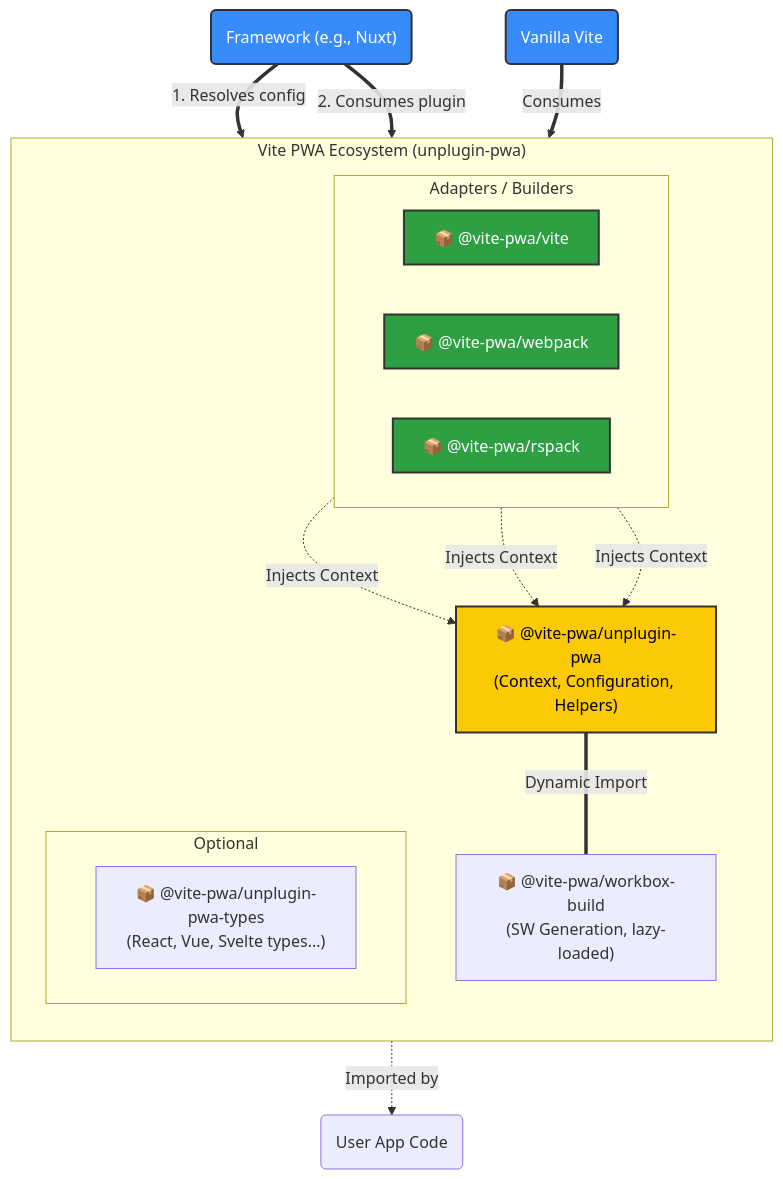
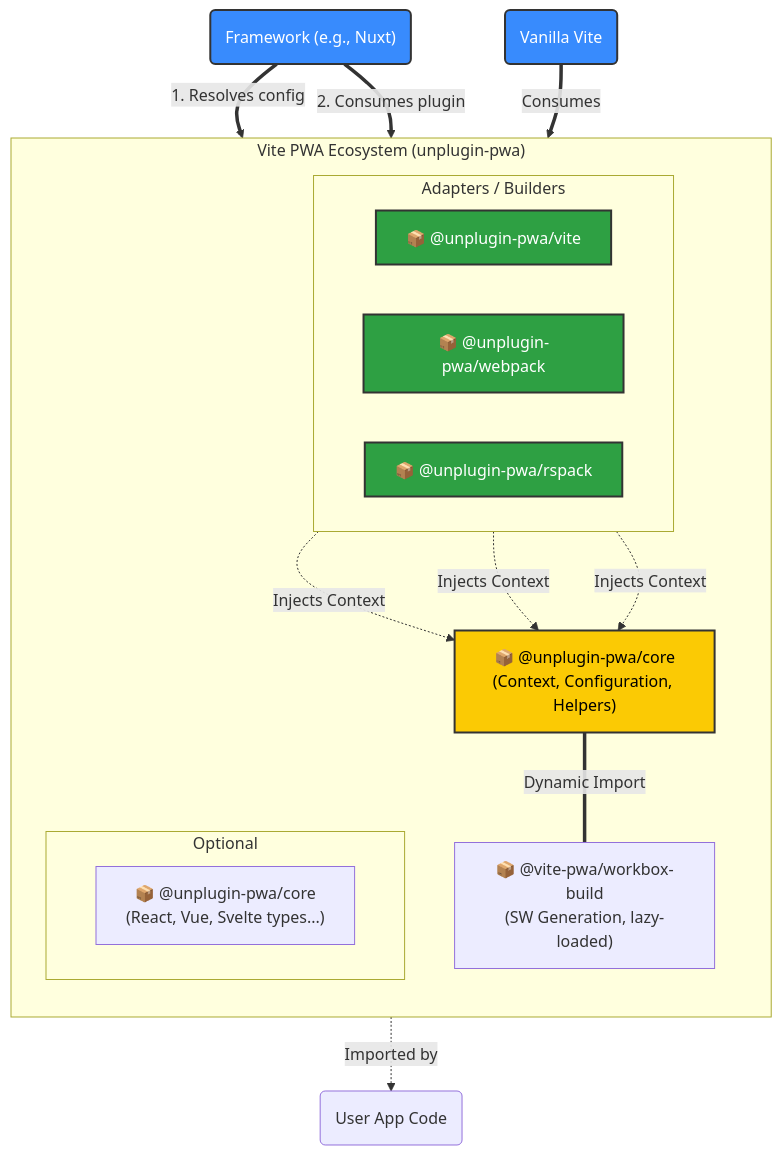
Before and after one commit to vite-pwa/unplugin-pwa: the first of 3 diagrams in ARCHITECTURE.md, drawn with Mermaid. The commit also changed other lines of this file, not shown here.

````diff
--- a/ARCHITECTURE.md
+++ b/ARCHITECTURE.md
@@ -3,42 +3,42 @@
 ```mermaid
 graph TD
     subgraph Monorepo ["Vite PWA Ecosystem (unplugin-pwa)"]
         direction TB
 
-        Core["📦 @vite-pwa/unplugin-pwa<br/>(Context, Configuration, Helpers)"]
+        Core["📦 @unplugin-pwa/core<br/>(Context, Configuration, Helpers)"]
         WB["📦 @vite-pwa/workbox-build<br/>(SW Generation, lazy-loaded)"]
 
         subgraph Builders ["Adapters / Builders"]
             direction LR
-            Vite["📦 @vite-pwa/vite"]
-            Webpack["📦 @vite-pwa/webpack"]
-            Rspack["📦 @vite-pwa/rspack"]
+            Vite["📦 @unplugin-pwa/vite"]
+            Webpack["📦 @unplugin-pwa/webpack"]
+            Rspack["📦 @unplugin-pwa/rspack"]
         end
 
         subgraph Extras ["Optional"]
             direction LR
-            Client["📦 @vite-pwa/unplugin-pwa-types<br/>(React, Vue, Svelte types...)"]
+            Client["📦 @unplugin-pwa/core<br/>(React, Vue, Svelte types...)"]
         end
 
     %% Internal Relations
         Vite -. "Injects Context" .-> Core
         Webpack -. "Injects Context" .-> Core
         Rspack -. "Injects Context" .-> Core
 
         Core == "Dynamic Import" === WB
     end
 
 %% External Consumers
     Nuxt("Framework (e.g., Nuxt)") ==>|1. Resolves config| Core
     Nuxt ==>|2. Consumes plugin| Vite
     Vanilla("Vanilla Vite") ==>|Consumes| Vite
     Client -. "Imported by" .-> App("User App Code")
 
     classDef core fill:#fbca04,stroke:#333,stroke-width:2px,color:black;
     classDef builder fill:#2ea043,stroke:#333,stroke-width:2px,color:white;
     classDef framework fill:#388bfd,stroke:#333,stroke-width:2px,color:white;
 
     class Core core;
     class Vite,Webpack,Rspack builder;
     class Nuxt,Vanilla framework;
 ```
````
